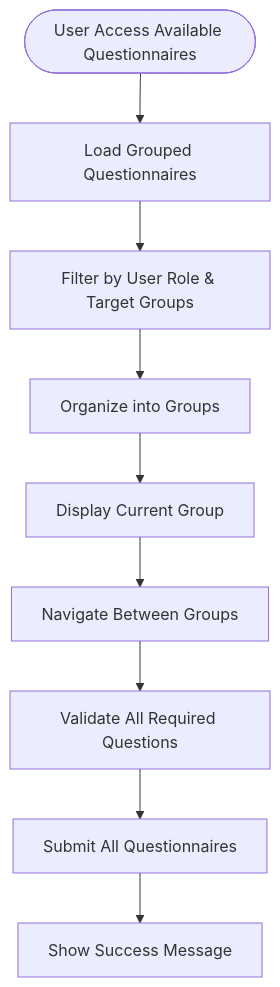
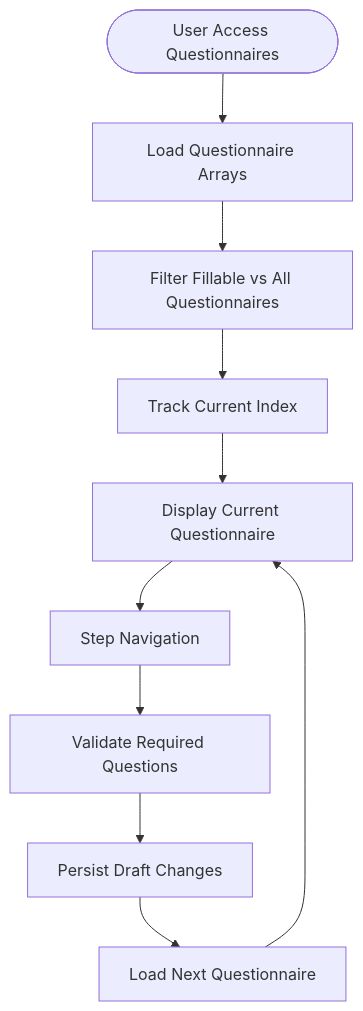
Before and after one commit to rudicatsmile/assesment360: the second of 8 diagrams in .qoder/repowiki/en/content/Core Features/Evaluation Workflows/Questionnaire Filling Interface.md, drawn with Mermaid. The commit also changed other lines of this file and 15 other files, not shown here.

````diff
--- a/.qoder/repowiki/en/content/Core Features/Evaluation Workflows/Questionnaire Filling Interface.md
+++ b/.qoder/repowiki/en/content/Core Features/Evaluation Workflows/Questionnaire Filling Interface.md
@@ -154,11 +159,12 @@
 ```mermaid
 flowchart TD
-Start(["User Access Available Questionnaires"]) --> Load["Load Grouped Questionnaires"]
-Load --> Filter["Filter by User Role & Target Groups"]
-Filter --> Group["Organize into Groups"]
-Group --> Display["Display Current Group"]
-Display --> Navigate["Navigate Between Groups"]
-Navigate --> Validate["Validate All Required Questions"]
-Validate --> Submit["Submit All Questionnaires"]
-Submit --> Complete["Show Success Message"]
+Start(["User Access Questionnaires"]) --> Load["Load Questionnaire Arrays"]
+Load --> Filter["Filter Fillable vs All Questionnaires"]
+Filter --> Track["Track Current Index"]
+Track --> Display["Display Current Questionnaire"]
+Display --> Navigate["Step Navigation"]
+Navigate --> Validate["Validate Required Questions"]
+Validate --> Autosave["Persist Draft Changes"]
+Autosave --> Next["Load Next Questionnaire"]
+Next --> Display
 ```
````
